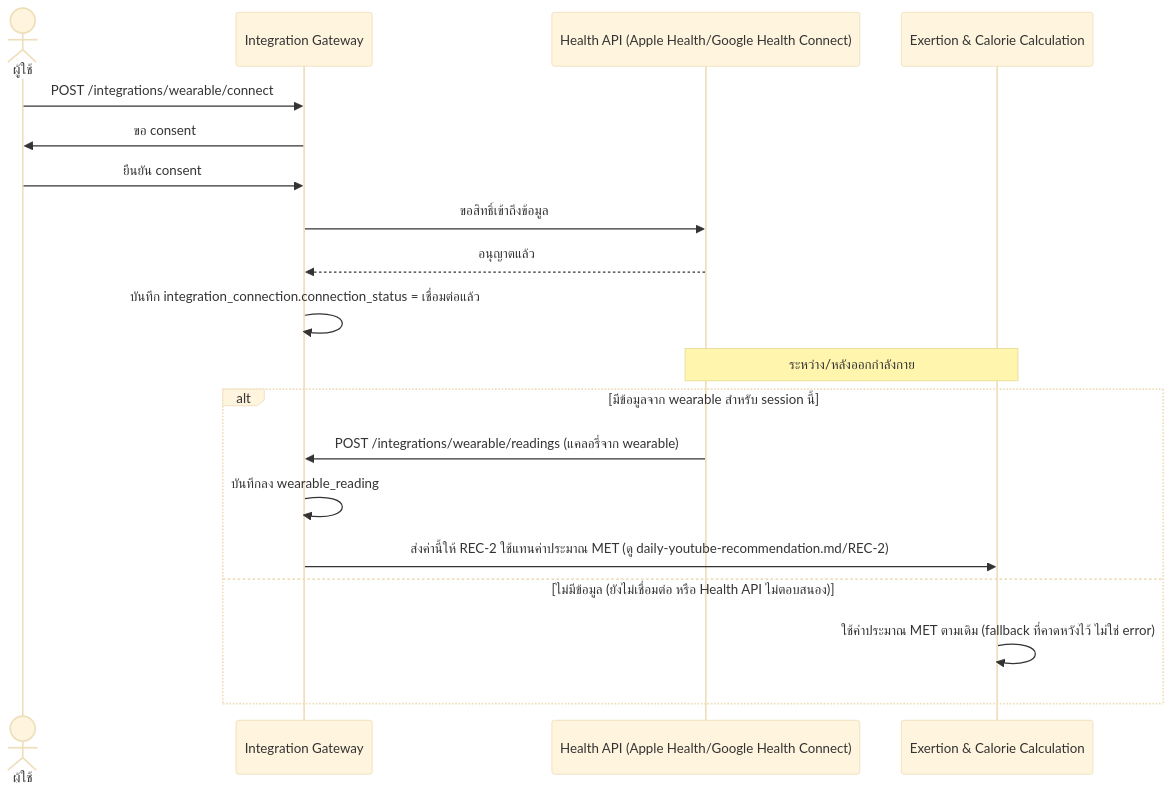
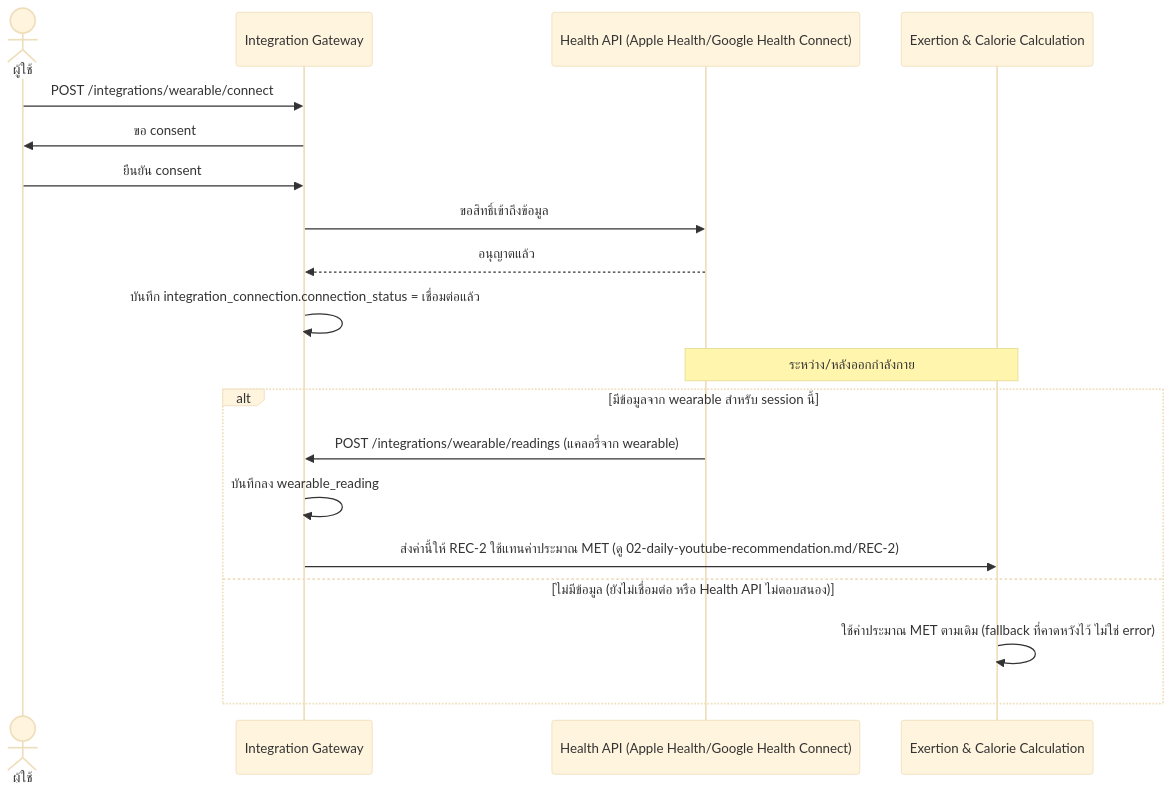
Before and after one commit to Kikofah/smartFit_daily: the fourth of 4 diagrams in docs/02-design/02-technical/detailed-design/04-smart-integrations.md, drawn with Mermaid (base theme). The commit also changed other lines of this file and 4 other files, not shown here.

````diff
--- a/docs/02-design/02-technical/detailed-design/04-smart-integrations.md
+++ b/docs/02-design/02-technical/detailed-design/04-smart-integrations.md
@@ -110,21 +110,21 @@
 ```mermaid
 sequenceDiagram
     actor U as ผู้ใช้
     participant IG as Integration Gateway
     participant HA as Health API (Apple Health/Google Health Connect)
     participant EC as Exertion & Calorie Calculation
     U->>IG: POST /integrations/wearable/connect
     IG->>U: ขอ consent
     U->>IG: ยืนยัน consent
     IG->>HA: ขอสิทธิ์เข้าถึงข้อมูล
     HA-->>IG: อนุญาตแล้ว
     IG->>IG: บันทึก integration_connection.connection_status = เชื่อมต่อแล้ว
     Note over HA,EC: ระหว่าง/หลังออกกำลังกาย
     alt มีข้อมูลจาก wearable สำหรับ session นี้
         HA->>IG: POST /integrations/wearable/readings (แคลอรี่จาก wearable)
         IG->>IG: บันทึกลง wearable_reading
-        IG->>EC: ส่งค่านี้ให้ REC-2 ใช้แทนค่าประมาณ MET (ดู daily-youtube-recommendation.md/REC-2)
+        IG->>EC: ส่งค่านี้ให้ REC-2 ใช้แทนค่าประมาณ MET (ดู 02-daily-youtube-recommendation.md/REC-2)
     else ไม่มีข้อมูล (ยังไม่เชื่อมต่อ หรือ Health API ไม่ตอบสนอง)
         EC->>EC: ใช้ค่าประมาณ MET ตามเดิม (fallback ที่คาดหวังไว้ ไม่ใช่ error)
     end
 ```
````
